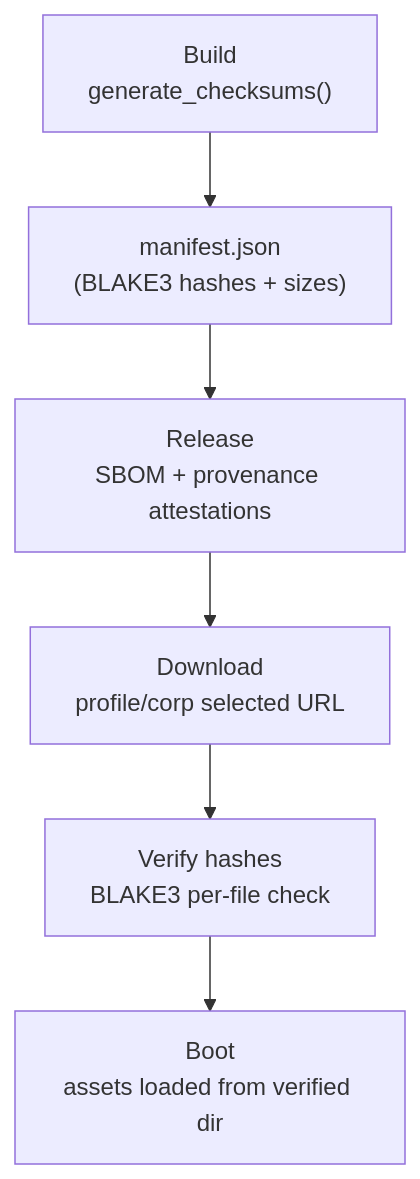
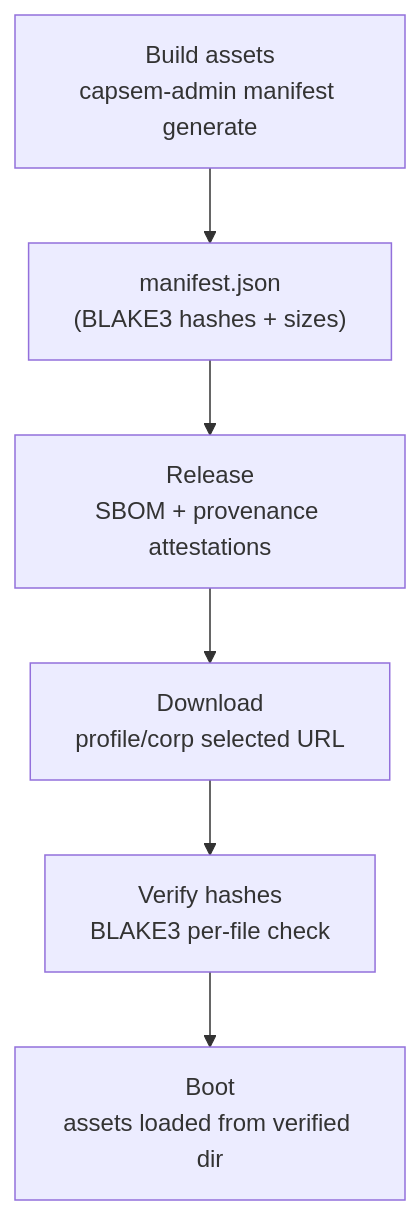
The second of 2 diagrams in docs/src/content/docs/security/build-verification.md (google/capsem), drawn with Mermaid before and after one commit. The commit also changed other lines of this file and 9 other files, not shown here.

Commit message:
fix: route manifest generation through admin

````diff
--- a/docs/src/content/docs/security/build-verification.md
+++ b/docs/src/content/docs/security/build-verification.md
@@ -104,8 +109,8 @@
 ```mermaid
 graph TD
-    A["Build<br/>generate_checksums()"] --> B["manifest.json<br/>(BLAKE3 hashes + sizes)"]
+    A["Build assets<br/>capsem-admin manifest generate"] --> B["manifest.json<br/>(BLAKE3 hashes + sizes)"]
     B --> C["Release<br/>SBOM + provenance attestations"]
     C --> D["Download<br/>profile/corp selected URL"]
     D --> E["Verify hashes<br/>BLAKE3 per-file check"]
     E --> F["Boot<br/>assets loaded from verified dir"]
 ```
````
